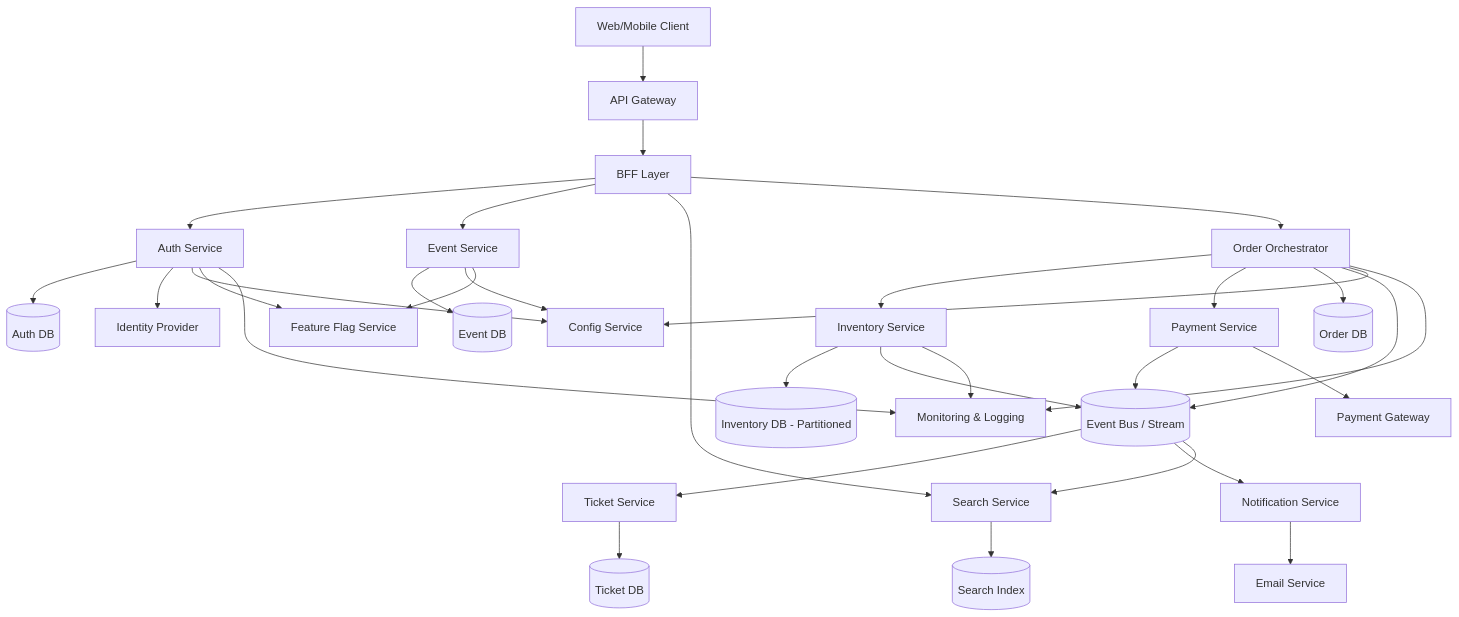
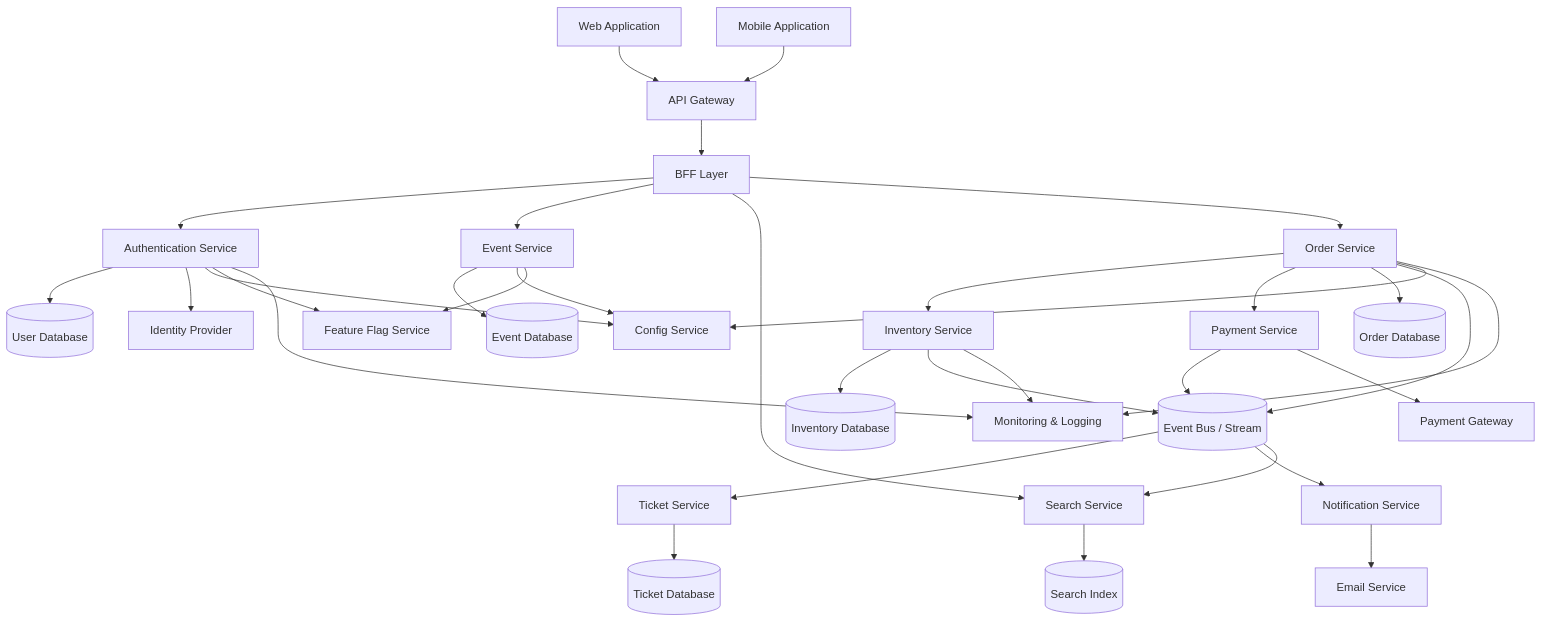
The diagram in code/data/initial/pps/EventTicketSystem.mmd (kfijalkowski1/PBAD), drawn with Mermaid before and after one commit. The commit also changed 1 other file, not shown here.

```diff
--- a/code/data/initial/pps/EventTicketSystem.mmd
+++ b/code/data/initial/pps/EventTicketSystem.mmd
@@ -1,86 +1,88 @@
 graph TD
 
     %% Clients
-    Client[Web/Mobile Client]
+    ClientWeb[Web Application]
+    ClientMobile[Mobile Application]
 
     %% Edge Layer
     APIGW[API Gateway]
     BFF[BFF Layer]
 
     %% Core Services
-    Auth[Auth Service]
+    Auth[Authentication Service]
     Event[Event Service]
     Search[Search Service]
     Inventory[Inventory Service]
-    Order[Order Orchestrator]
+    Order[Order Service]
     Payment[Payment Service]
     Ticket[Ticket Service]
     Notification[Notification Service]
 
     %% Platform Services
     Config[Config Service]
     FeatureFlag[Feature Flag Service]
     Observability[Monitoring & Logging]
 
     %% Data Stores
-    AuthDB[(Auth DB)]
-    EventDB[(Event DB)]
-    InventoryDB[(Inventory DB - Partitioned)]
-    OrderDB[(Order DB)]
-    TicketDB[(Ticket DB)]
+    AuthDB[(User Database)]
+    EventDB[(Event Database)]
+    InventoryDB[(Inventory Database)]
+    OrderDB[(Order Database)]
+    TicketDB[(Ticket Database)]
     SearchIndex[(Search Index)]
 
     %% Event Streaming
     EventBus[(Event Bus / Stream)]
 
     %% External Systems
     PaymentExt[Payment Gateway]
     EmailExt[Email Service]
     IdP[Identity Provider]
 
     %% Flow
-    Client --> APIGW
+    ClientWeb --> APIGW
+    ClientMobile --> APIGW
     APIGW --> BFF
 
     BFF --> Auth
     BFF --> Event
     BFF --> Search
     BFF --> Order
 
     Auth --> AuthDB
     Auth --> IdP
 
     Event --> EventDB
     Search --> SearchIndex
 
     Order --> Inventory
     Order --> Payment
 
     Inventory --> InventoryDB
     Order --> OrderDB
     Ticket --> TicketDB
 
     %% Event-driven backbone
     Order --> EventBus
     Inventory --> EventBus
     Payment --> EventBus
 
     EventBus --> Ticket
     EventBus --> Notification
     EventBus --> Search
 
     %% External integrations
     Payment --> PaymentExt
     Notification --> EmailExt
 
     %% Platform services
     Auth --> Config
     Event --> Config
     Order --> Config
 
     Auth --> FeatureFlag
     Event --> FeatureFlag
 
     Auth --> Observability
     Order --> Observability
     Inventory --> Observability
```
